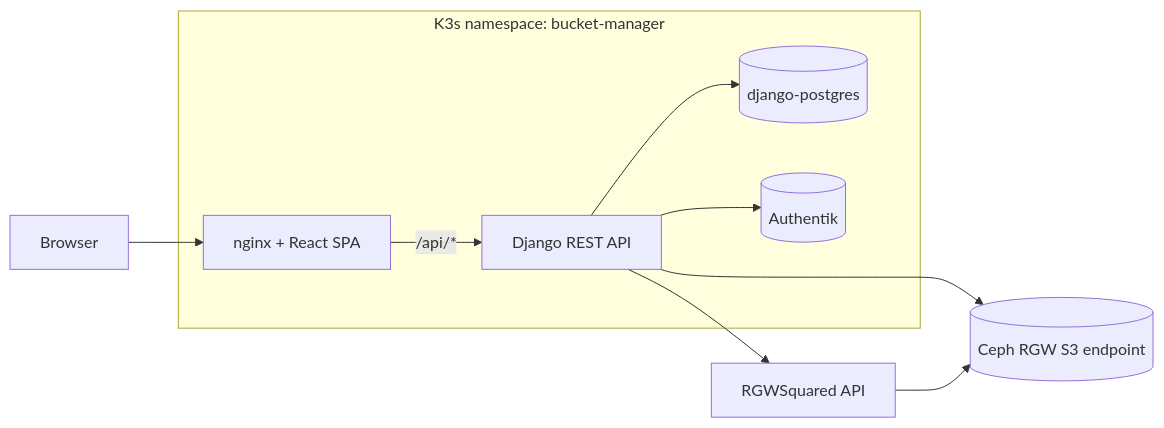
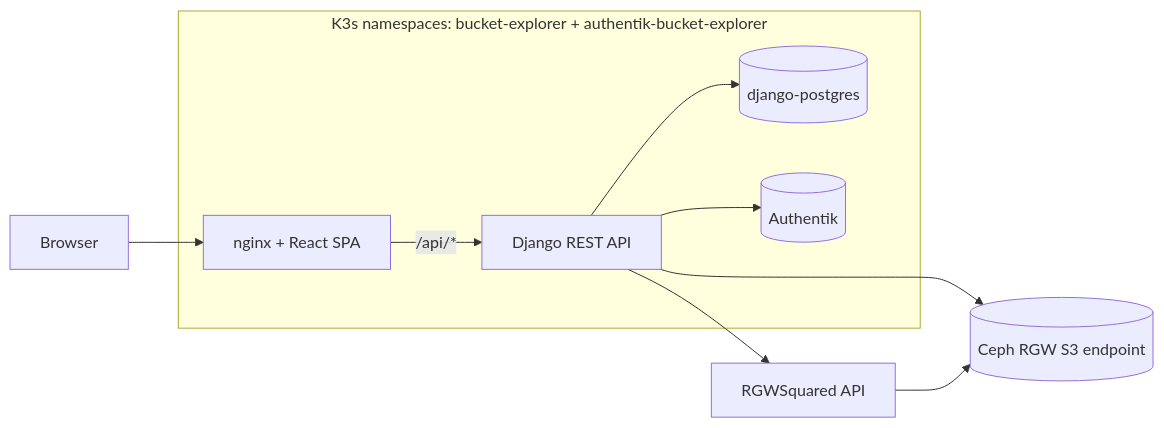
One commit to luisfpal/s3bucket-manager-app changed the first of 2 diagrams in README.md. Above: the diagram before and after it, drawn with Mermaid. The commit also changed other lines of this file and 24 other files, not shown here.

````diff
--- a/README.md
+++ b/README.md
@@ -7,22 +7,22 @@
 ```mermaid
 flowchart LR
     Browser[Browser]
 
-    subgraph K3s[K3s namespace: bucket-manager]
+    subgraph K3s[K3s namespaces: bucket-explorer + authentik-bucket-explorer]
       FE[nginx + React SPA]
       BE[Django REST API]
       PG[(django-postgres)]
       AU[(Authentik)]
     end
 
     RGWS[RGWSquared API]
     Ceph[(Ceph RGW S3 endpoint)]
 
     Browser --> FE
     FE -->|/api/*| BE
     BE --> PG
     BE --> AU
     BE --> RGWS
     BE --> Ceph
     RGWS --> Ceph
 ```
````
